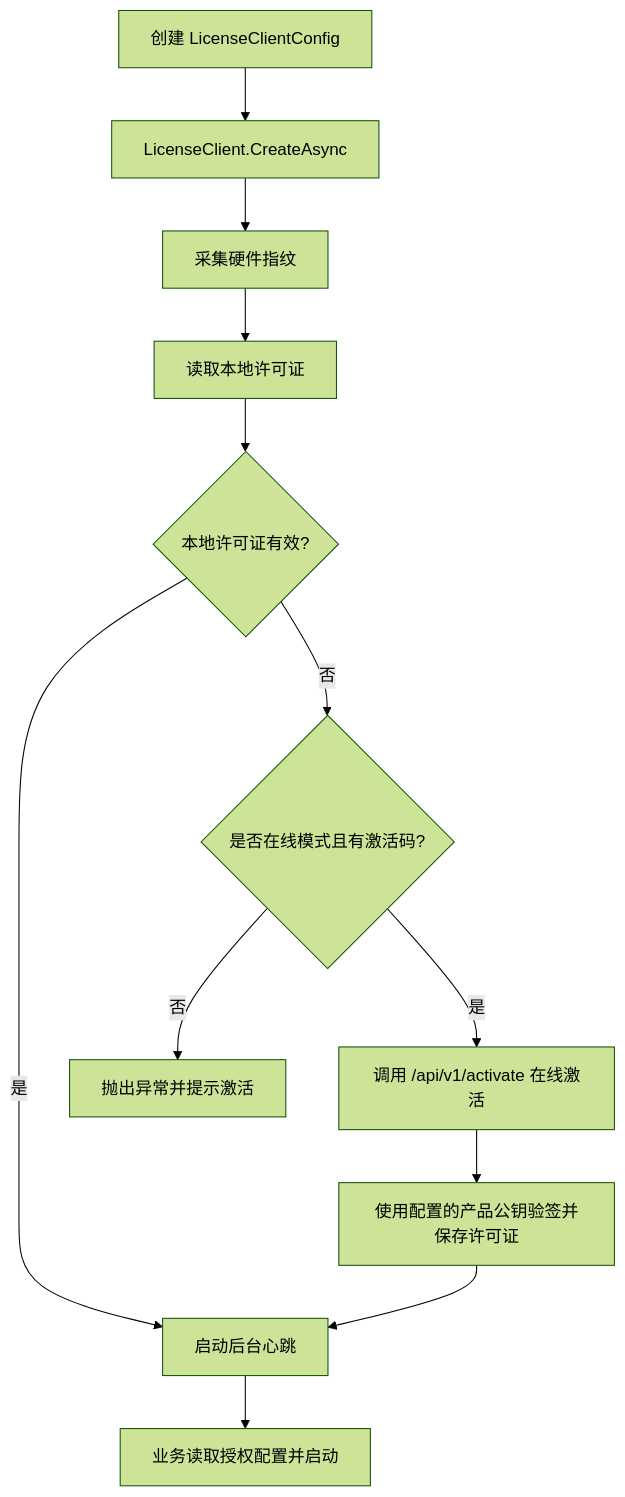
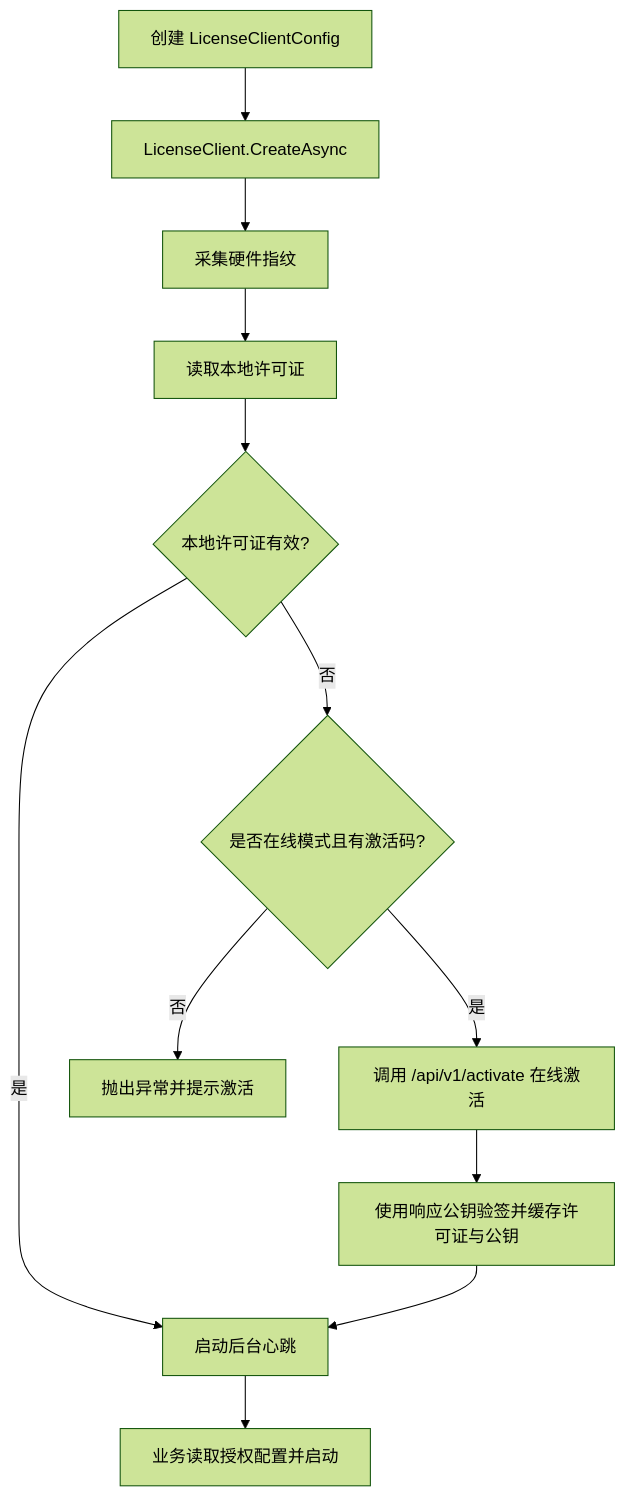
Before and after one commit to cedar-v/license-manager-docs: the diagram in docs/developer/sdk/csharp.md, drawn with Mermaid (forest theme). The commit also changed other lines of this file and 22 other files, not shown here.

````diff
--- a/docs/developer/sdk/csharp.md
+++ b/docs/developer/sdk/csharp.md
@@ -101,14 +94,14 @@
 ```mermaid
 flowchart TD
     A["创建 LicenseClientConfig"] --> B["LicenseClient.CreateAsync"]
     B --> C["采集硬件指纹"]
     C --> D["读取本地许可证"]
     D --> E{"本地许可证有效?"}
     E -->|是| F["启动后台心跳"]
     E -->|否| G{"是否在线模式且有激活码?"}
     G -->|是| H["调用 /api/v1/activate 在线激活"]
-    H --> I["使用配置的产品公钥验签并保存许可证"]
+    H --> I["使用响应公钥验签并缓存许可证与公钥"]
     I --> F
     G -->|否| J["抛出异常并提示激活"]
     F --> K["业务读取授权配置并启动"]
 ```
````
